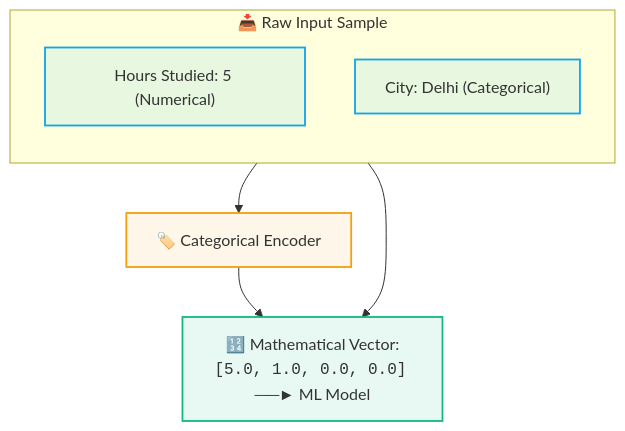
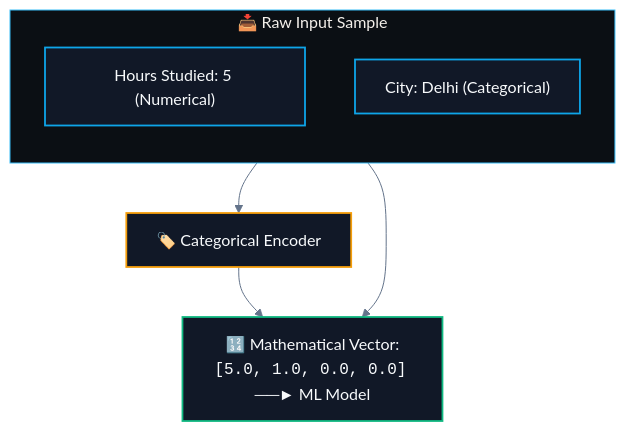
Before and after one commit to abhinavbharti2345/CS_Notes: the first of 4 diagrams in CS/AI & ML/02. Data Preprocessing/02. Categorical Encoding.md, drawn with Mermaid. The commit also changed other lines of this file and 195 other files, not shown here.

````diff
--- a/CS/AI & ML/02. Data Preprocessing/02. Categorical Encoding.md
+++ b/CS/AI & ML/02. Data Preprocessing/02. Categorical Encoding.md
@@ -30,18 +30,19 @@
 ```mermaid
+%%{init: {'theme': 'base', 'themeVariables': { 'darkMode': true, 'background': '#0B0F14', 'mainBkg': '#111827', 'primaryColor': '#111827', 'primaryTextColor': '#F8FAFC', 'primaryBorderColor': '#38BDF8', 'lineColor': '#64748B', 'secondaryColor': '#0B0F14', 'tertiaryColor': '#0B0F14', 'clusterBkg': '#0B0F14', 'clusterBorder': '#38BDF8' }}}%%
 flowchart TD
     subgraph RawData ["📥 Raw Input Sample"]
         direction TD
         F1["Hours Studied: 5 (Numerical)"]
         F2["City: Delhi (Categorical)"]
     end
     
     F1 --> Tensor["🔢 Mathematical Vector:<br/><code>[5.0, 1.0, 0.0, 0.0]</code> ──► ML Model"]
     F2 --> E["🏷️ Categorical Encoder"] --> Tensor
 
-    classDef raw fill:#0ea5e918,stroke:#0ea5e9,stroke-width:1.8px;
-    classDef enc fill:#f59e0b18,stroke:#f59e0b,stroke-width:1.8px;
-    classDef vec fill:#10b98118,stroke:#10b981,stroke-width:1.8px;
+    classDef raw fill:#111827,stroke:#0ea5e9,stroke-width:1.8px,color:#F8FAFC;
+    classDef enc fill:#111827,stroke:#f59e0b,stroke-width:1.8px,color:#F8FAFC;
+    classDef vec fill:#111827,stroke:#10b981,stroke-width:1.8px,color:#F8FAFC;
     class F1,F2 raw;
     class E enc;
     class Tensor vec;
 ```
````
